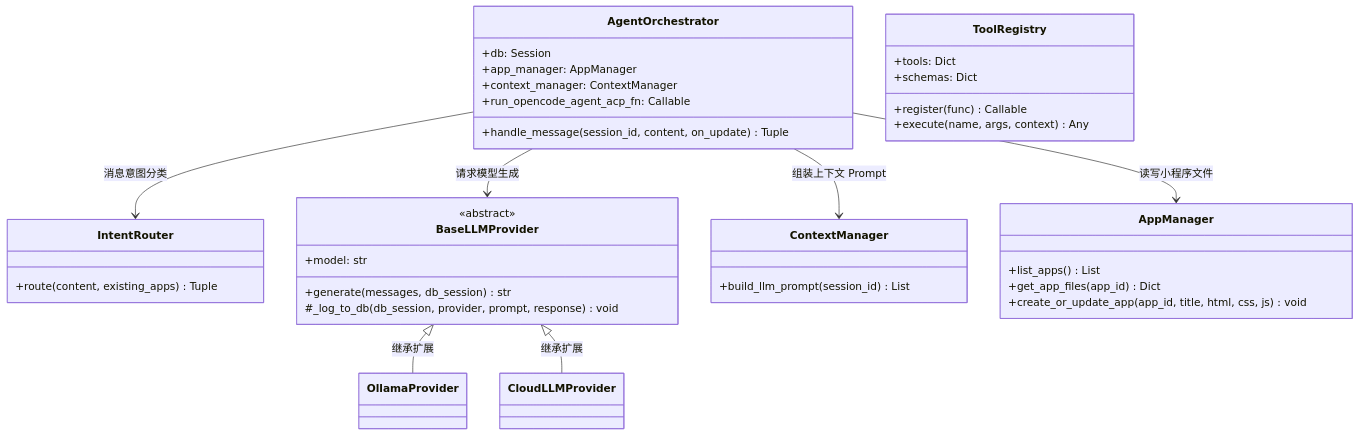
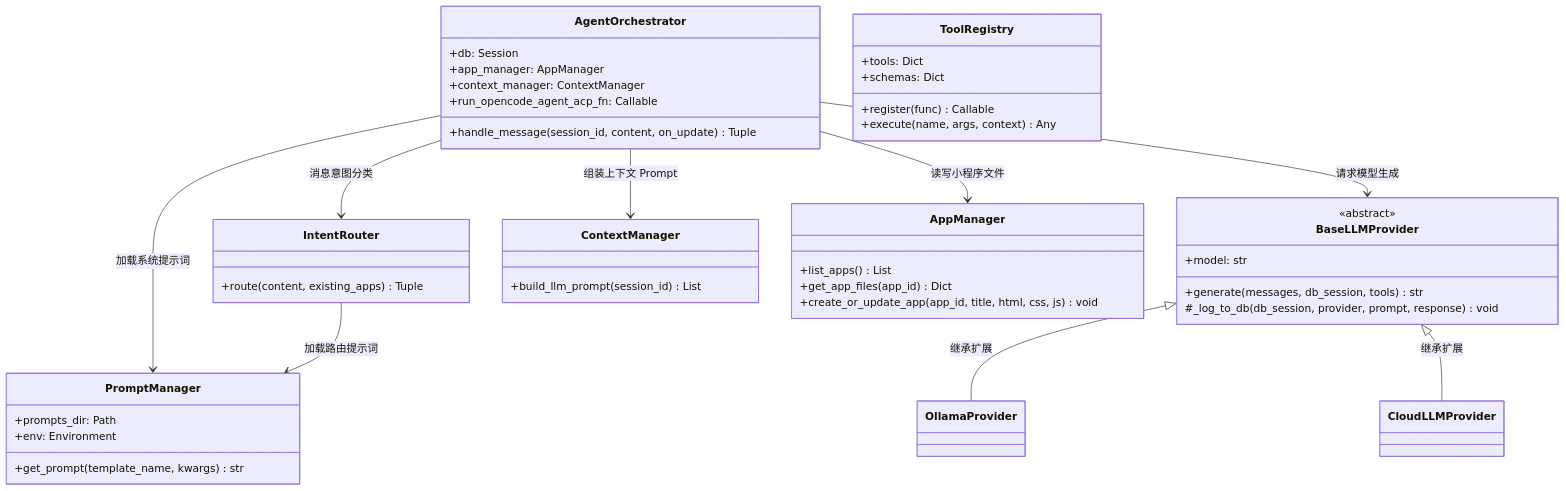
The first of 2 diagrams in backend/agent/harness.md (BillShiyaoZhang/ambient-agent), drawn with Mermaid before and after one commit. The commit also changed 20 other files, not shown here.

````diff
--- a/backend/agent/harness.md
+++ b/backend/agent/harness.md
@@ -9,45 +9,53 @@
 ```mermaid
 classDiagram
     class AgentOrchestrator {
         +db: Session
         +app_manager: AppManager
         +context_manager: ContextManager
         +run_opencode_agent_acp_fn: Callable
         +handle_message(session_id, content, on_update) Tuple
     }
 
     class IntentRouter {
         +route(content, existing_apps) Tuple
     }
 
     class BaseLLMProvider {
         <<abstract>>
         +model: str
-        +generate(messages, db_session) str
+        +generate(messages, db_session, tools) str
         #_log_to_db(db_session, provider, prompt, response) void
     }
 
     class ToolRegistry {
         +tools: Dict
         +schemas: Dict
         +register(func) Callable
         +execute(name, args, context) Any
     }
 
     class ContextManager {
         +build_llm_prompt(session_id) List
     }
 
     class AppManager {
         +list_apps() List
         +get_app_files(app_id) Dict
         +create_or_update_app(app_id, title, html, css, js) void
     }
 
+    class PromptManager {
+        +prompts_dir: Path
+        +env: Environment
+        +get_prompt(template_name, kwargs) str
+    }
+
     AgentOrchestrator --> IntentRouter : 消息意图分类
     AgentOrchestrator --> BaseLLMProvider : 请求模型生成
     AgentOrchestrator --> ContextManager : 组装上下文 Prompt
     AgentOrchestrator --> AppManager : 读写小程序文件
+    AgentOrchestrator --> PromptManager : 加载系统提示词
+    IntentRouter --> PromptManager : 加载路由提示词
     BaseLLMProvider <|-- OllamaProvider : 继承扩展
     BaseLLMProvider <|-- CloudLLMProvider : 继承扩展
 ```
````
